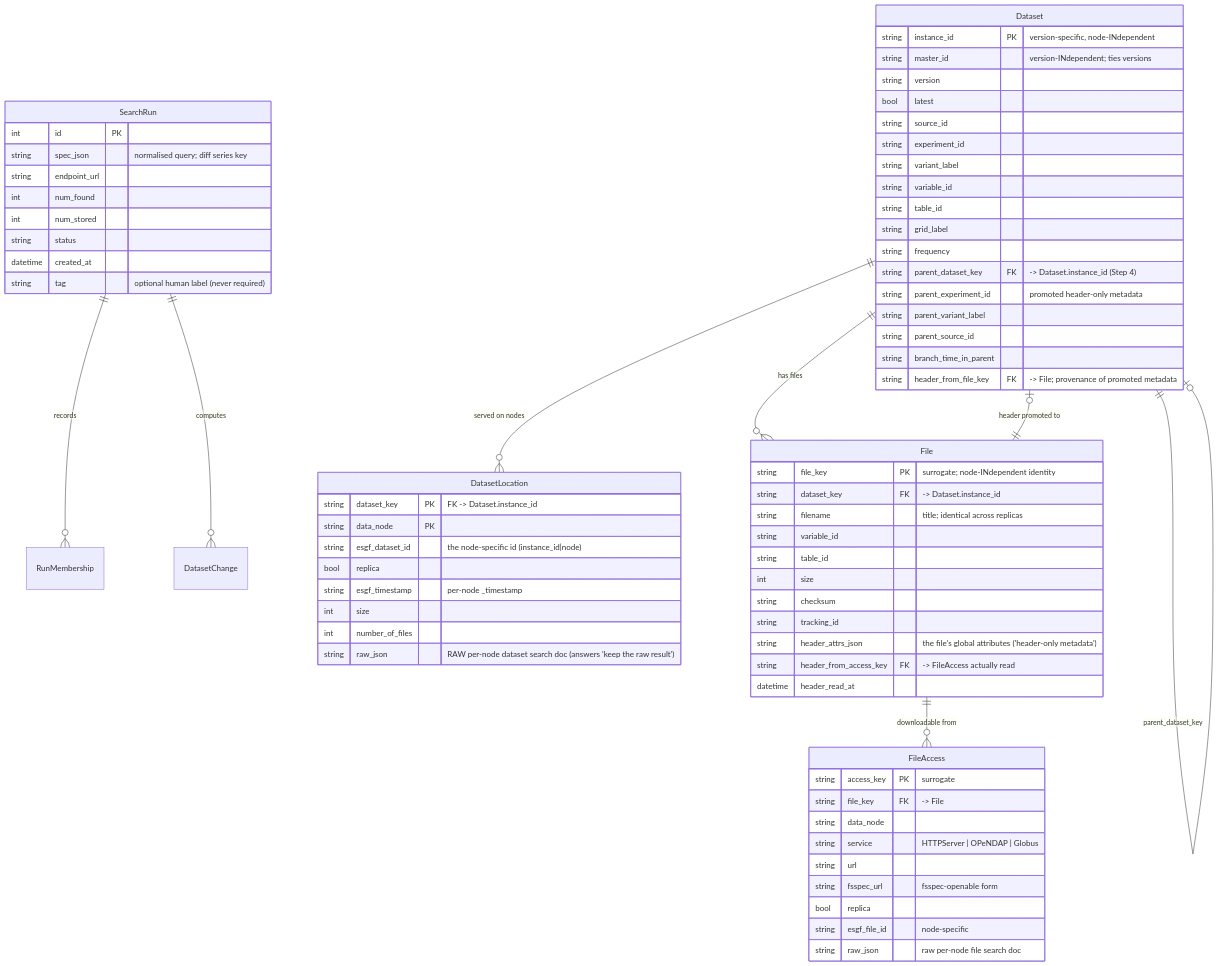
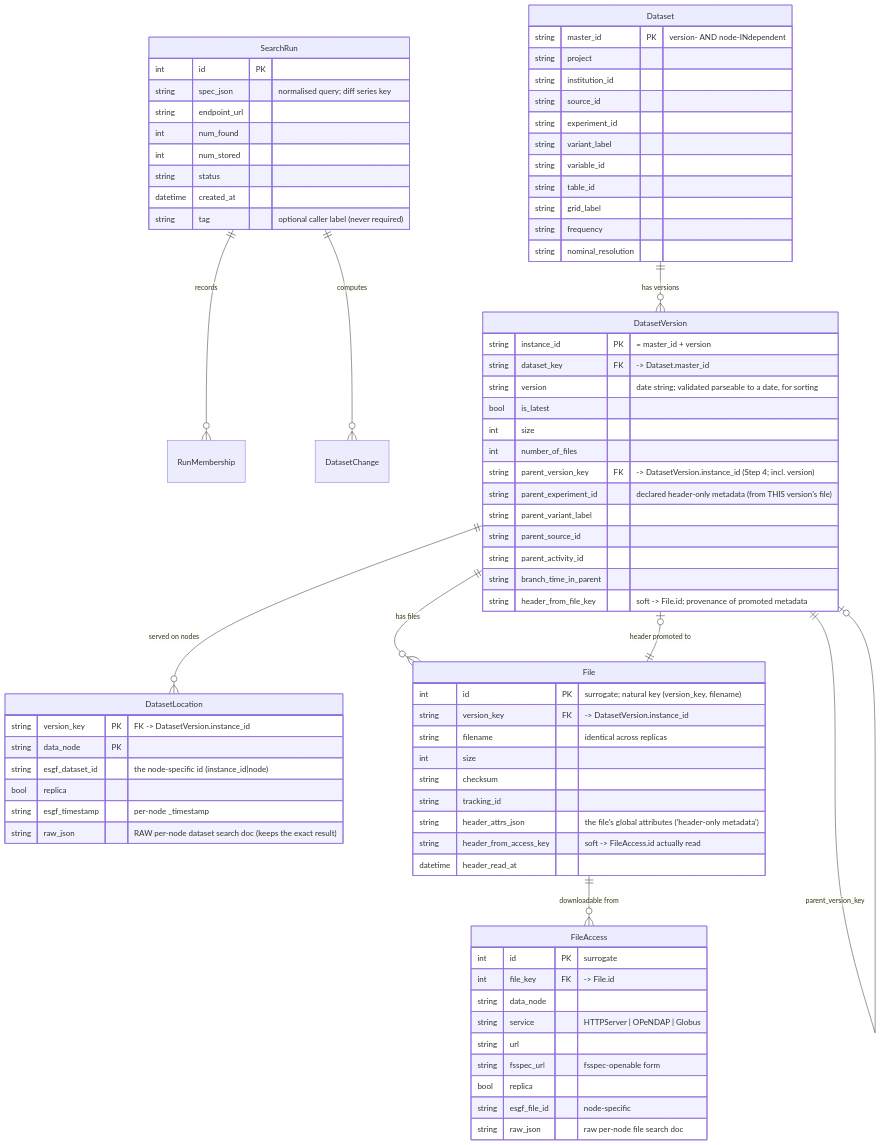
The first of 2 diagrams in design/search-workflow.md (znicholls/CMIP-Data-Manager-Playground), drawn with Mermaid before and after one commit. The commit also changed other lines of this file and 13 other files, not shown here.

````diff
--- a/design/search-workflow.md
+++ b/design/search-workflow.md
@@ -30,74 +34,80 @@
 ```mermaid
 erDiagram
     SearchRun ||--o{ RunMembership : records
     SearchRun ||--o{ DatasetChange : computes
-    Dataset ||--o{ DatasetLocation : "served on nodes"
-    Dataset ||--o{ File : "has files"
-    Dataset ||--o| Dataset : "parent_dataset_key"
+    Dataset ||--o{ DatasetVersion : "has versions"
+    DatasetVersion ||--o{ DatasetLocation : "served on nodes"
+    DatasetVersion ||--o{ File : "has files"
+    DatasetVersion ||--o| DatasetVersion : "parent_version_key"
     File ||--o{ FileAccess : "downloadable from"
-    File ||--o| Dataset : "header promoted to"
+    File ||--o| DatasetVersion : "header promoted to"
 
     SearchRun {
         int id PK
         string spec_json "normalised query; diff series key"
         string endpoint_url
         int num_found
         int num_stored
         string status
         datetime created_at
-        string tag "optional human label (never required)"
+        string tag "optional caller label (never required)"
     }
     Dataset {
-        string instance_id PK "version-specific, node-INdependent"
-        string master_id "version-INdependent; ties versions"
-        string version
-        bool   latest
+        string master_id PK "version- AND node-INdependent"
+        string project
+        string institution_id
         string source_id
         string experiment_id
         string variant_label
         string variable_id
         string table_id
         string grid_label
         string frequency
-        string parent_dataset_key FK "-> Dataset.instance_id (Step 4)"
-        string parent_experiment_id "promoted header-only metadata"
+        string nominal_resolution
+    }
+    DatasetVersion {
+        string instance_id PK "= master_id + version"
+        string dataset_key FK "-> Dataset.master_id"
+        string version "date string; validated parseable to a date, for sorting"
+        bool   is_latest
+        int    size
+        int    number_of_files
+        string parent_version_key FK "-> DatasetVersion.instance_id (Step 4; incl. version)"
+        string parent_experiment_id "declared header-only metadata (from THIS version's file)"
         string parent_variant_label
         string parent_source_id
+        string parent_activity_id
         string branch_time_in_parent
-        string header_from_file_key FK "-> File; provenance of promoted metadata"
+        string header_from_file_key "soft -> File.id; provenance of promoted metadata"
     }
     DatasetLocation {
-        string dataset_key PK "FK -> Dataset.instance_id"
+        string version_key PK "FK -> DatasetVersion.instance_id"
         string data_node PK
         string esgf_dataset_id "the node-specific id (instance_id|node)"
         bool   replica
         string esgf_timestamp "per-node _timestamp"
-        int    size
-        int    number_of_files
-        string raw_json "RAW per-node dataset search doc (answers 'keep the raw result')"
+        string raw_json "RAW per-node dataset search doc (keeps the exact result)"
     }
     File {
-        string file_key PK "surrogate; node-INdependent identity"
-        string dataset_key FK "-> Dataset.instance_id"
-        string filename "title; identical across replicas"
-        string variable_id
-        string table_id
+        int    id PK "surrogate; natural key (version_key, filename)"
+        string version_key FK "-> DatasetVersion.instance_id"
+        string filename "identical across replicas"
         int    size
         string checksum
         string tracking_id
         string header_attrs_json "the file's global attributes ('header-only metadata')"
-        string header_from_access_key FK "-> FileAccess actually read"
+        string header_from_access_key "soft -> FileAccess.id actually read"
         datetime header_read_at
     }
     FileAccess {
-        string access_key PK "surrogate"
-        string file_key FK "-> File"
+        int    id PK "surrogate"
+        int    file_key FK "-> File.id"
         string data_node
         string service "HTTPServer | OPeNDAP | Globus"
         string url
         string fsspec_url "fsspec-openable form"
         bool   replica
         string esgf_file_id "node-specific"
         string raw_json "raw per-node file search doc"
     }
 ```
````
